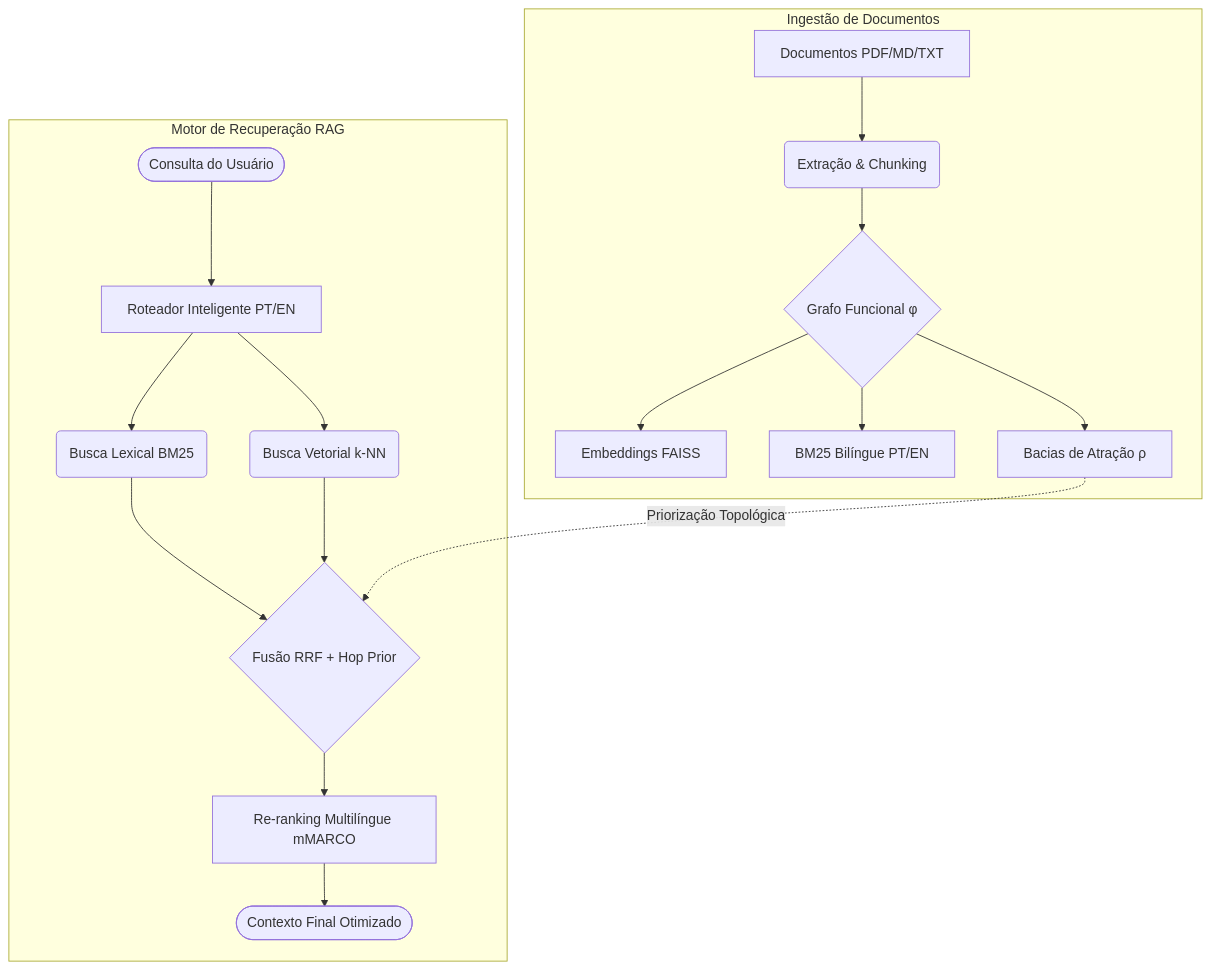
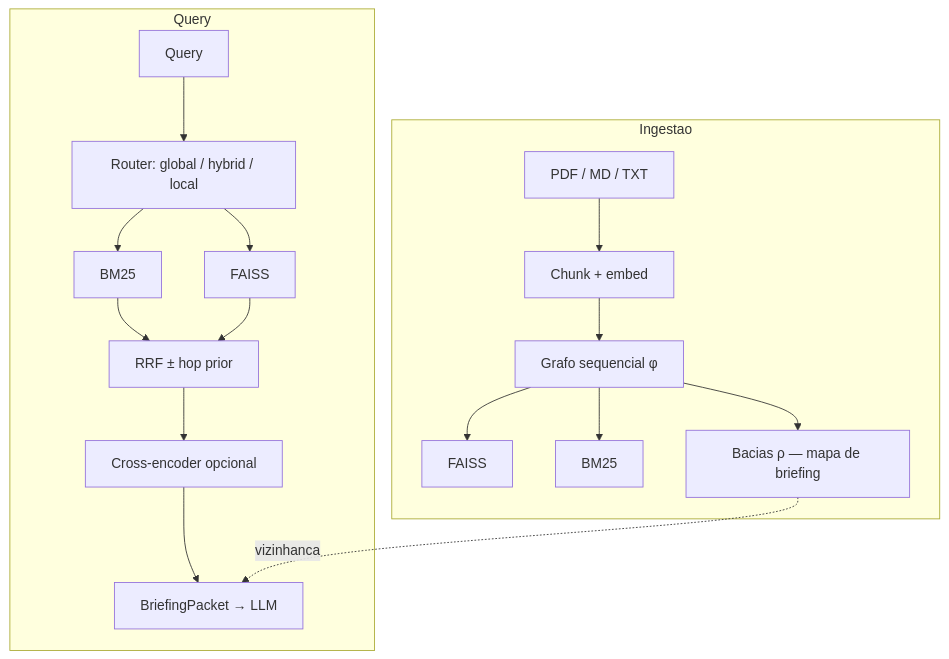
Before and after one commit to Basinfy/BasinRAG: the diagram in README_pt.md, drawn with Mermaid. The commit also changed other lines of this file and 43 other files, not shown here.

First line of the commit message:
Improve hybrid recall pipeline and document BasinRAG as briefing-map RAG.

````diff
--- a/README_pt.md
+++ b/README_pt.md
@@ -25,23 +37,20 @@
 ```mermaid
 graph TD
-    %% Ingest Pipeline
-    subgraph Ingestão de Documentos
-        A[Documentos PDF/MD/TXT] --> B(Extração & Chunking)
-        B --> C{Grafo Funcional φ}
-        C --> D[Embeddings FAISS]
-        C --> E[BM25 Bilíngue PT/EN]
-        C --> F[Bacias de Atração ρ]
+    subgraph Ingestao
+        A[PDF / MD / TXT] --> B[Chunk + embed]
+        B --> C[Grafo sequencial φ]
+        C --> D[FAISS]
+        C --> E[BM25]
+        C --> F[Bacias ρ — mapa de briefing]
     end
-
-    %% Query Pipeline
-    subgraph Motor de Recuperação RAG
-        Q([Consulta do Usuário]) --> R[Roteador Inteligente PT/EN]
-        R --> S1(Busca Lexical BM25)
-        R --> S2(Busca Vetorial k-NN)
-        S1 --> T{Fusão RRF + Hop Prior}
+    subgraph Query
+        Q[Query] --> R[Router: global / hybrid / local]
+        R --> S1[BM25]
+        R --> S2[FAISS]
+        S1 --> T[RRF ± hop prior]
         S2 --> T
-        F -. Priorização Topológica .-> T
-        T --> U[Re-ranking Multilíngue mMARCO]
-        U --> V([Contexto Final Otimizado])
+        T --> U[Cross-encoder opcional]
+        U --> V[BriefingPacket → LLM]
+        F -. vizinhanca .-> V
     end
 ```
````
